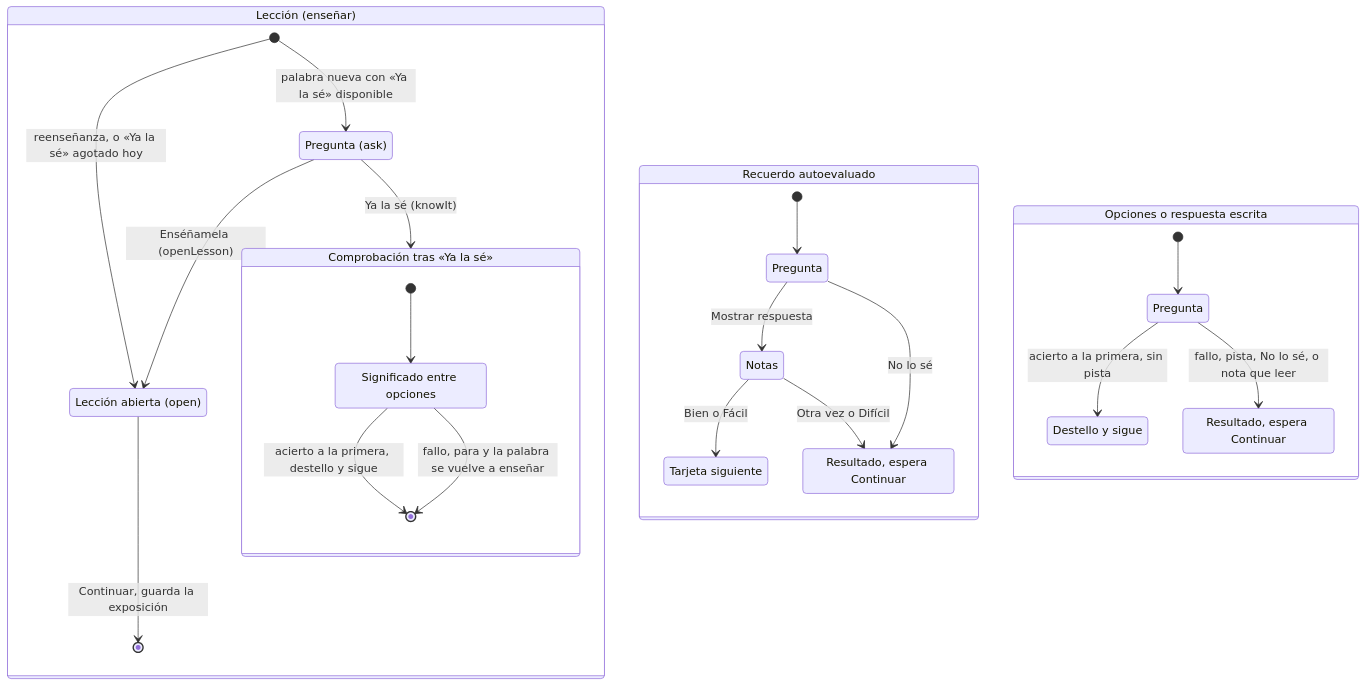
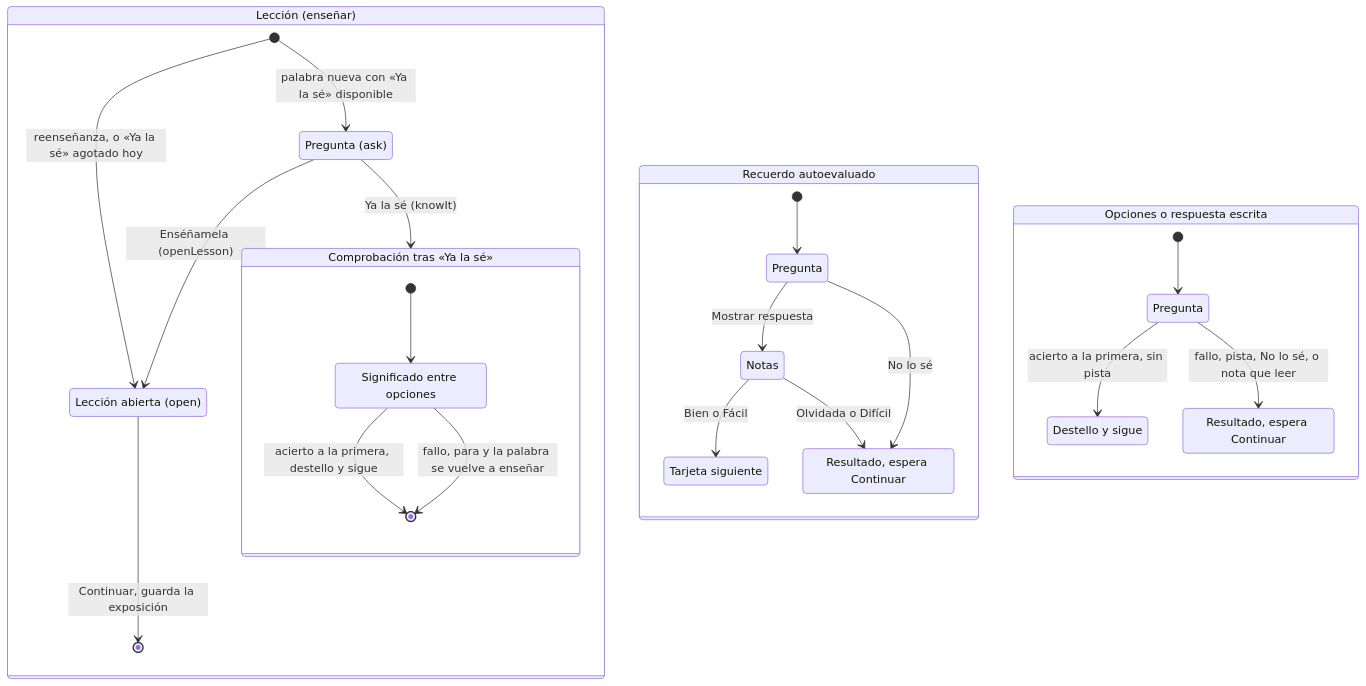
The second of 2 diagrams in docs/learning/card-flow.md (danibram/pwa-jiayou), drawn with Mermaid before and after one commit. The commit also changed other lines of this file and 11 other files, not shown here.

Commit message:
💬 La nota «Otra vez» pasa a llamarse «Olvidada» (#37)

````diff
--- a/docs/learning/card-flow.md
+++ b/docs/learning/card-flow.md
@@ -43,37 +43,37 @@
 ```mermaid
 stateDiagram-v2
   state "Lección (enseñar)" as teach {
     state "Pregunta (ask)" as ask
     state "Lección abierta (open)" as open
     [*] --> ask: palabra nueva con «Ya la sé» disponible
     [*] --> open: reenseñanza, o «Ya la sé» agotado hoy
     ask --> open: Enséñamela (openLesson)
     ask --> check: Ya la sé (knowIt)
     open --> [*]: Continuar, guarda la exposición
   }
   state "Comprobación tras «Ya la sé»" as check {
     state "Significado entre opciones" as pick
     [*] --> pick
     pick --> [*]: acierto a la primera, destello y sigue
     pick --> [*]: fallo, para y la palabra se vuelve a enseñar
   }
   state "Recuerdo autoevaluado" as recall {
     state "Pregunta" as question
     state "Notas" as rate
     state "Tarjeta siguiente" as next
     state "Resultado, espera Continuar" as result_wait
     [*] --> question
     question --> rate: Mostrar respuesta
     rate --> next: Bien o Fácil
-    rate --> result_wait: Otra vez o Difícil
+    rate --> result_wait: Olvidada o Difícil
     question --> result_wait: No lo sé
   }
   state "Opciones o respuesta escrita" as choice {
     state "Pregunta" as question2
     state "Destello y sigue" as result_flash
     state "Resultado, espera Continuar" as result_wait2
     [*] --> question2
     question2 --> result_flash: acierto a la primera, sin pista
     question2 --> result_wait2: fallo, pista, No lo sé, o nota que leer
   }
 ```
````
